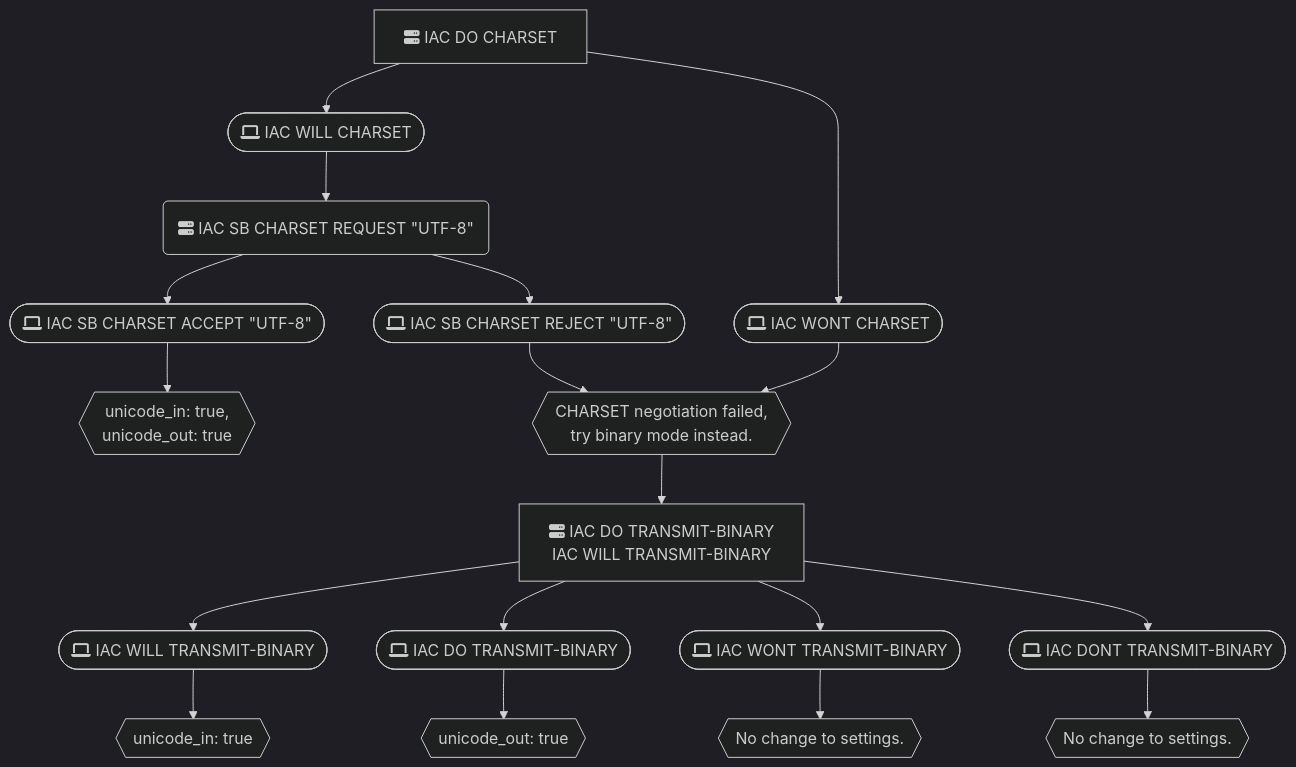
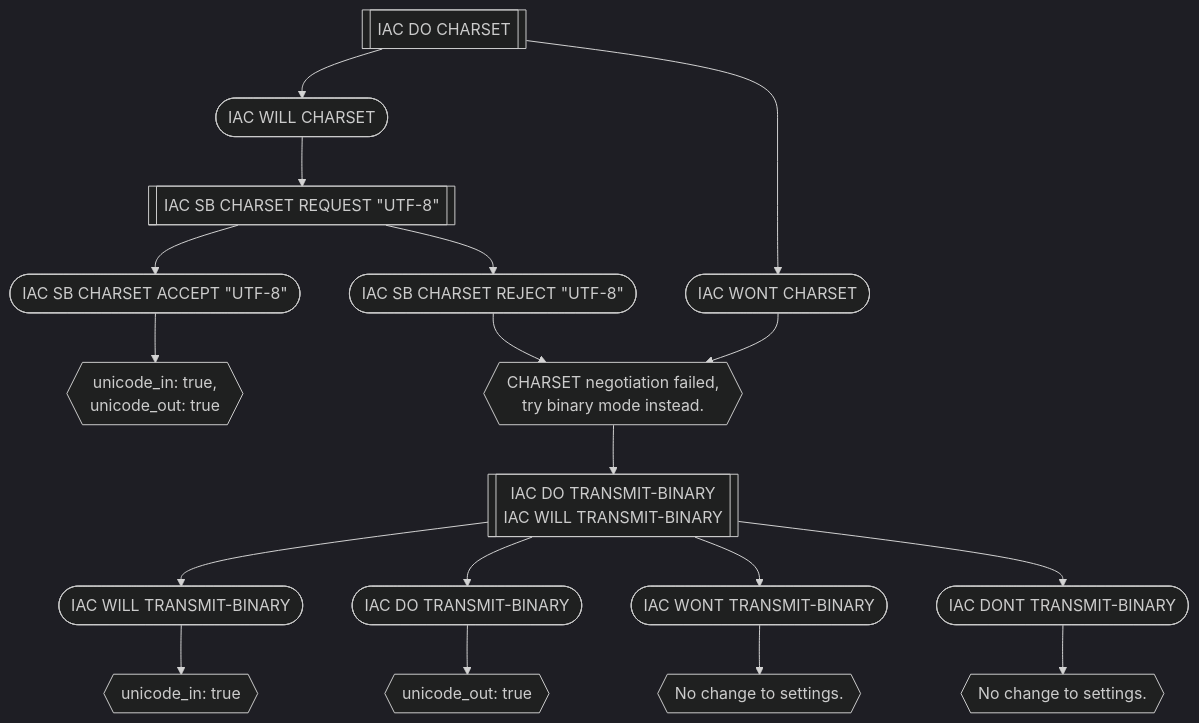
Before and after one commit to wisq/ex_mush: the second of 4 diagrams in TELNET.md, drawn with Mermaid (dark theme). The commit also changed other lines of this file, not shown here.

````diff
--- a/TELNET.md
+++ b/TELNET.md
@@ -7,40 +16,40 @@
 ```mermaid
-%%{init: {"flowchart": {"wrappingWidth": 10000}}}%%
+%%{init: {"flowchart": {"wrappingWidth": 10000 }} }%%
 
 flowchart TD
-    do_charset[fa:fa-server IAC DO CHARSET]
+    do_charset[[ IAC DO CHARSET ]]
 
     %% The success path:
-    do_charset --> will_charset([fa:fa-laptop IAC WILL CHARSET])
-    will_charset --> request_utf8(fa:fa-server IAC SB CHARSET REQUEST &quot;UTF-8&quot;)
-    request_utf8 --> accept_utf8([fa:fa-laptop IAC SB CHARSET ACCEPT &quot;UTF-8&quot;])
-    accept_utf8 --> enable_utf8{{unicode_in: true,<br/>unicode_out: true}}
+    do_charset --> will_charset([ IAC WILL CHARSET ])
+    will_charset --> request_utf8[[ IAC SB CHARSET REQUEST &quot;UTF-8&quot; ]]
+    request_utf8 --> accept_utf8([ IAC SB CHARSET ACCEPT &quot;UTF-8&quot; ])
+    accept_utf8 --> enable_utf8{{ unicode_in: true,<br/>unicode_out: true }}
 
     %% The reject path:
-    request_utf8 --> reject_utf8([fa:fa-laptop IAC SB CHARSET REJECT &quot;UTF-8&quot;])
+    request_utf8 --> reject_utf8([ IAC SB CHARSET REJECT &quot;UTF-8&quot; ])
     reject_utf8 --> fail
 
     %% The "no charset" path:
-    do_charset --> wont_charset([fa:fa-laptop IAC WONT CHARSET])
+    do_charset --> wont_charset([ IAC WONT CHARSET ])
     wont_charset --> fail
 
     %% Binary fallback:
-    fail{{CHARSET negotiation failed,<br/>try binary mode instead.}}
-    fail --> try_binary[fa:fa-server IAC DO TRANSMIT-BINARY<br/>IAC WILL TRANSMIT-BINARY]
+    fail{{ CHARSET negotiation failed,<br/>try binary mode instead. }}
+    fail --> try_binary[[ IAC DO TRANSMIT-BINARY<br/>IAC WILL TRANSMIT-BINARY ]]
 
     %% Successful input negotiation:
-    try_binary --> will_binary([fa:fa-laptop IAC WILL TRANSMIT-BINARY])
-    will_binary --> enbable_in{{unicode_in: true}}
+    try_binary --> will_binary([ IAC WILL TRANSMIT-BINARY ])
+    will_binary --> enbable_in{{ unicode_in: true }}
 
     %% Successful output negotiation:
-    try_binary --> do_binary([fa:fa-laptop IAC DO TRANSMIT-BINARY])
-    do_binary --> enbable_out{{unicode_out: true}}
+    try_binary --> do_binary([ IAC DO TRANSMIT-BINARY ])
+    do_binary --> enbable_out{{ unicode_out: true }}
 
     %% Failed input negotiation:
-    try_binary --> wont_binary([fa:fa-laptop IAC WONT TRANSMIT-BINARY])
-    wont_binary --> fail_in{{No change to settings.}}
+    try_binary --> wont_binary([ IAC WONT TRANSMIT-BINARY ])
+    wont_binary --> fail_in{{ No change to settings. }}
 
     %% Failed output negotiation:
-    try_binary --> dont_binary([fa:fa-laptop IAC DONT TRANSMIT-BINARY])
-    dont_binary --> fail_out{{No change to settings.}}
+    try_binary --> dont_binary([ IAC DONT TRANSMIT-BINARY ])
+    dont_binary --> fail_out{{ No change to settings. }}
 ```
````
